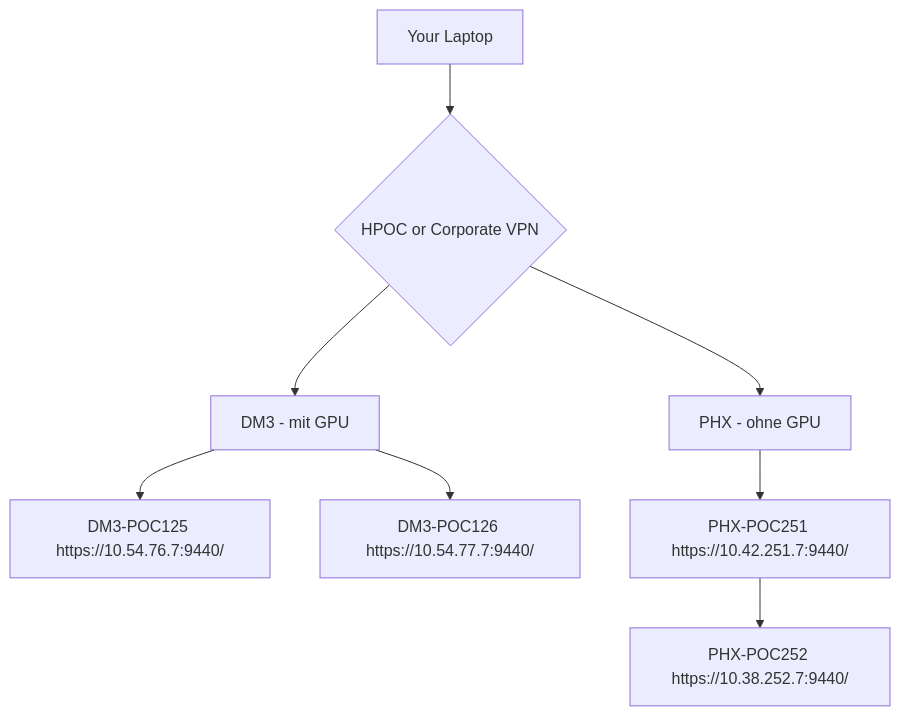
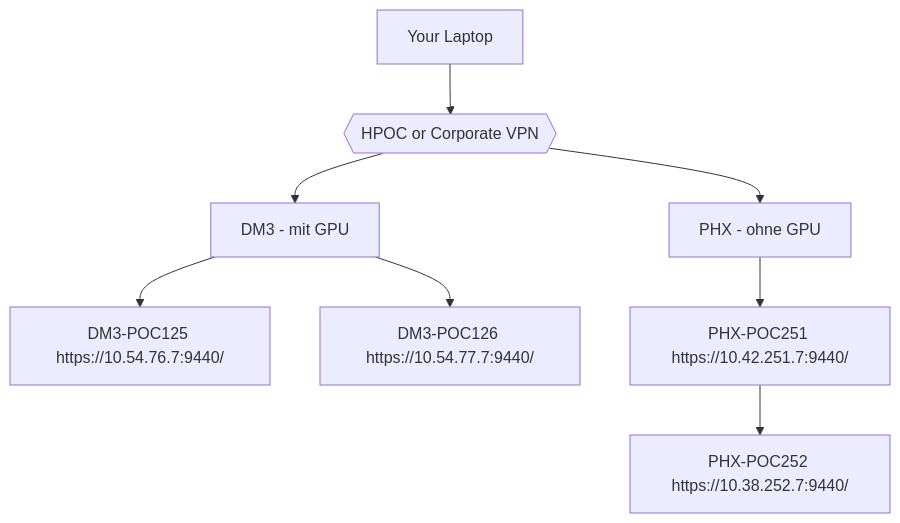
Before and after one commit to ntnxandy/ntnxandy.github.io: the diagram in HPOC.md, drawn with Mermaid.

````diff
--- a/HPOC.md
+++ b/HPOC.md
@@ -4,11 +4,11 @@
 ```mermaid
 graph TD
-    A[Your Laptop] --> D{HPOC or Corporate VPN};
-    D{HPOC or Corporate VPN} --> G[DM3 - mit GPU]
+    A[Your Laptop] --> D{{HPOC or Corporate VPN}};
+    D --> G[DM3 - mit GPU]
     G --> H[DM3-POC125 https://10.54.76.7:9440/]
     G --> I[DM3-POC126 https://10.54.77.7:9440/]
     D --> J[PHX - ohne GPU]
     J --> K[PHX-POC251 https://10.42.251.7:9440/]
     K --> L[PHX-POC252 https://10.38.252.7:9440/]
 
 ```
````
